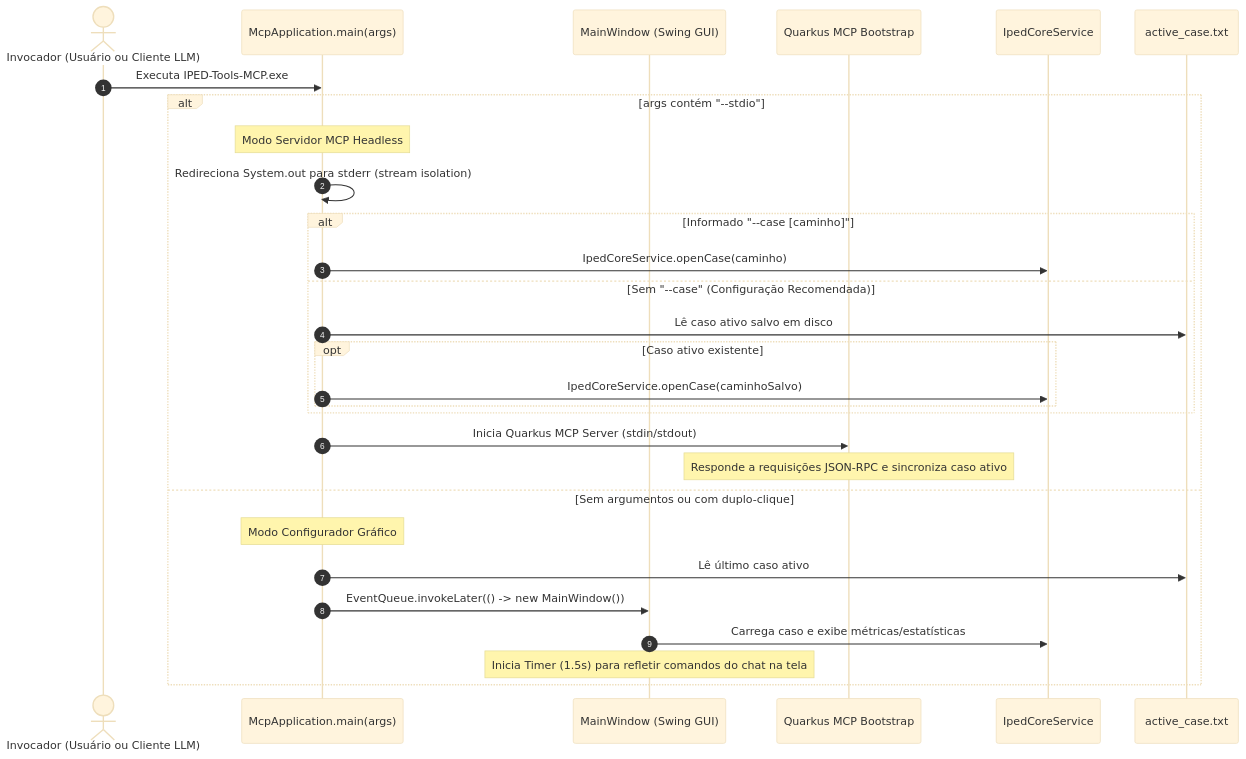
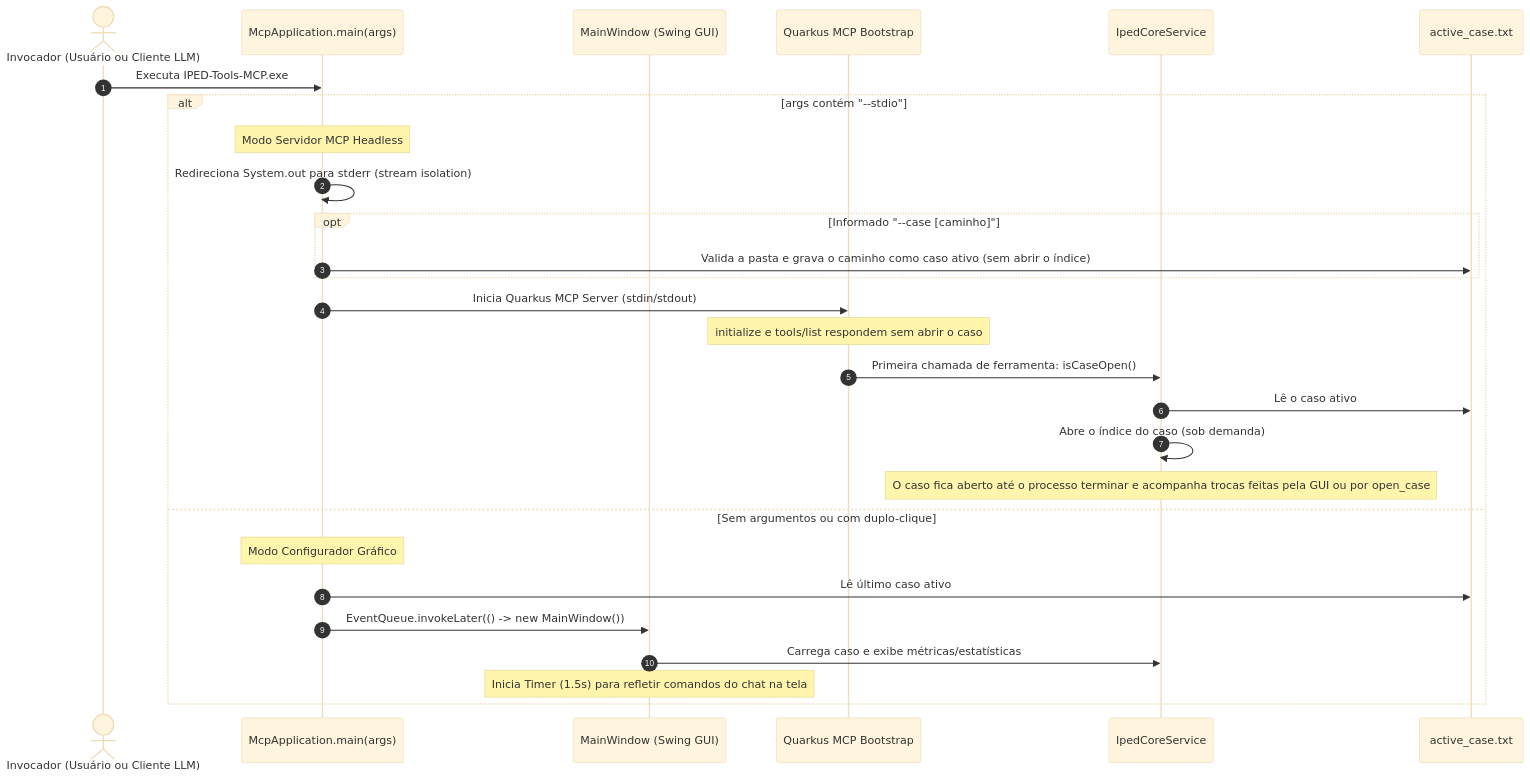
Before and after one commit to thiagofuer/iped-tools-mcp: the second of 2 diagrams in docs/wiki/Dev-Arquitetura.md, drawn with Mermaid (base theme). The commit also changed other lines of this file and 5 other files, not shown here.

First line of the commit message:
feat(stdio): abre o caso sob demanda, na primeira chamada de ferramenta

````diff
--- a/docs/wiki/Dev-Arquitetura.md
+++ b/docs/wiki/Dev-Arquitetura.md
@@ -86,32 +86,31 @@
 ```mermaid
 sequenceDiagram
     autonumber
     actor Trigger as Invocador (Usuário ou Cliente LLM)
     participant Main as McpApplication.main(args)
     participant Swing as MainWindow (Swing GUI)
     participant Quarkus as Quarkus MCP Bootstrap
     participant Service as IpedCoreService
     participant State as active_case.txt
 
     Trigger->>Main: Executa IPED-Tools-MCP.exe
     alt args contém "--stdio"
         Note over Main: Modo Servidor MCP Headless
         Main->>Main: Redireciona System.out para stderr (stream isolation)
-        alt Informado "--case [caminho]"
-            Main->>Service: IpedCoreService.openCase(caminho)
-        else Sem "--case" (Configuração Recomendada)
-            Main->>State: Lê caso ativo salvo em disco
-            opt Caso ativo existente
-                Main->>Service: IpedCoreService.openCase(caminhoSalvo)
-            end
+        opt Informado "--case [caminho]"
+            Main->>State: Valida a pasta e grava o caminho como caso ativo (sem abrir o índice)
         end
         Main->>Quarkus: Inicia Quarkus MCP Server (stdin/stdout)
-        Note over Quarkus: Responde a requisições JSON-RPC e sincroniza caso ativo
+        Note over Quarkus: initialize e tools/list respondem sem abrir o caso
+        Quarkus->>Service: Primeira chamada de ferramenta: isCaseOpen()
+        Service->>State: Lê o caso ativo
+        Service->>Service: Abre o índice do caso (sob demanda)
+        Note over Service: O caso fica aberto até o processo terminar e acompanha trocas feitas pela GUI ou por open_case
     else Sem argumentos ou com duplo-clique
         Note over Main: Modo Configurador Gráfico
         Main->>State: Lê último caso ativo
         Main->>Swing: EventQueue.invokeLater(() -> new MainWindow())
         Swing->>Service: Carrega caso e exibe métricas/estatísticas
         Note over Swing: Inicia Timer (1.5s) para refletir comandos do chat na tela
     end
 ```
````
